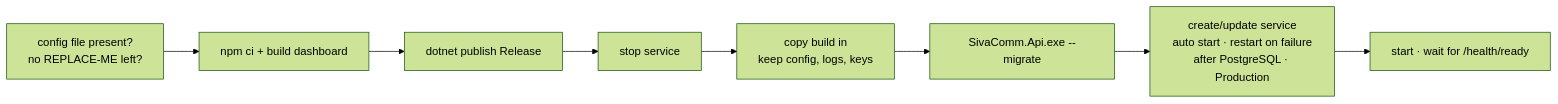
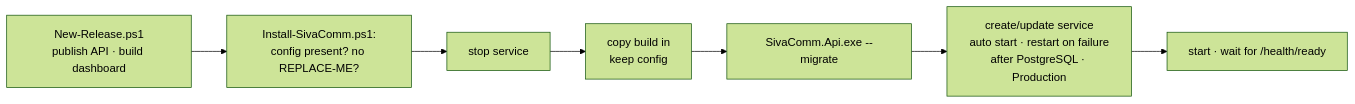
The second of 2 diagrams in docs/DEPLOYMENT.md (yugandharsimhadri/SivaComm), drawn with Mermaid (forest theme) before and after one commit. The commit also changed other lines of this file and 15 other files, not shown here.

````diff
--- a/docs/DEPLOYMENT.md
+++ b/docs/DEPLOYMENT.md
@@ -239,10 +251,9 @@
 ```mermaid
 flowchart LR
-    A[config file present?<br/>no REPLACE-ME left?] --> B[npm ci + build dashboard]
-    B --> C[dotnet publish Release]
-    C --> D[stop service]
-    D --> E[copy build in<br/>keep config, logs, keys]
+    R[New-Release.ps1<br/>publish API · build dashboard] --> A[Install-SivaComm.ps1:<br/>config present? no REPLACE-ME?]
+    A --> D[stop service]
+    D --> E[copy build in<br/>keep config]
     E --> F[SivaComm.Api.exe --migrate]
     F --> G[create/update service<br/>auto start · restart on failure<br/>after PostgreSQL · Production]
     G --> H[start · wait for /health/ready]
 ```
````
